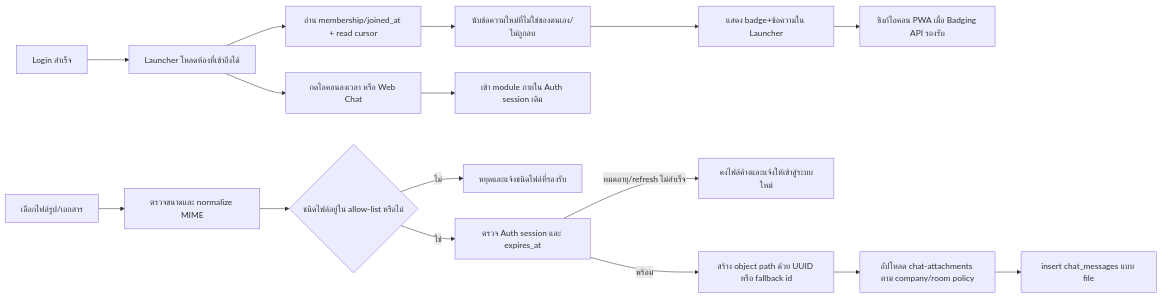
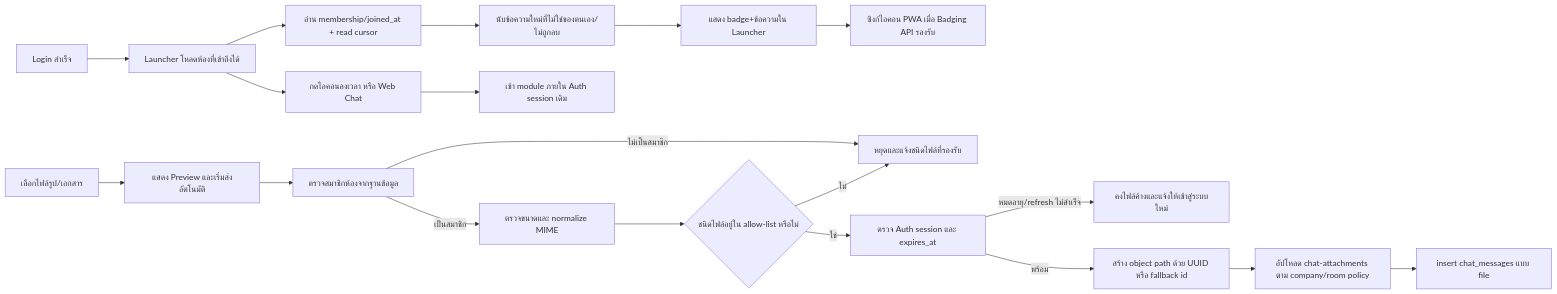
One commit to paramonjong-afk/WisdomAI changed the seventh of 14 diagrams in docs/CHAT_ATTENDANCE_BRIDGE_FLOW.md. Above: the diagram before and after it, drawn with Mermaid. The commit also changed other lines of this file and 4 other files, not shown here.

````diff
--- a/docs/CHAT_ATTENDANCE_BRIDGE_FLOW.md
+++ b/docs/CHAT_ATTENDANCE_BRIDGE_FLOW.md
@@ -235,18 +235,21 @@
 ```mermaid
 flowchart LR
   A[Login สำเร็จ] --> B[Launcher โหลดห้องที่เข้าถึงได้]
   B --> C[อ่าน membership/joined_at + read cursor]
   C --> D[นับข้อความใหม่ที่ไม่ใช่ของตนเอง/ไม่ถูกลบ]
   D --> D1[แสดง badge+ข้อความใน Launcher]
   D1 --> D2[ซิงก์ไอคอน PWA เมื่อ Badging API รองรับ]
   B --> E[กดไอคอนลงเวลา หรือ Web Chat]
   E --> F[เข้า module ภายใน Auth session เดิม]
-  G[เลือกไฟล์รูป/เอกสาร] --> H[ตรวจขนาดและ normalize MIME]
-  H --> I{ชนิดไฟล์อยู่ใน allow-list หรือไม่}
+  G[เลือกไฟล์รูป/เอกสาร] --> H[แสดง Preview และเริ่มส่งอัตโนมัติ]
+  H --> M[ตรวจสมาชิกห้องจากฐานข้อมูล]
+  M -->|ไม่เป็นสมาชิก| J[หยุดและแจ้งให้เพิ่มสมาชิก]
+  M -->|เป็นสมาชิก| V[ตรวจขนาดและ normalize MIME]
+  V --> I{ชนิดไฟล์อยู่ใน allow-list หรือไม่}
   I -->|ไม่| J[หยุดและแจ้งชนิดไฟล์ที่รองรับ]
   I -->|ใช่| S[ตรวจ Auth session และ expires_at]
   S -->|หมดอายุ/refresh ไม่สำเร็จ| T[คงไฟล์ค้างและแจ้งให้เข้าสู่ระบบใหม่]
   S -->|พร้อม| N[สร้าง object path ด้วย UUID หรือ fallback id]
   N --> K[อัปโหลด chat-attachments ตาม company/room policy]
   K --> L[insert chat_messages แบบ file]
 ```
````
